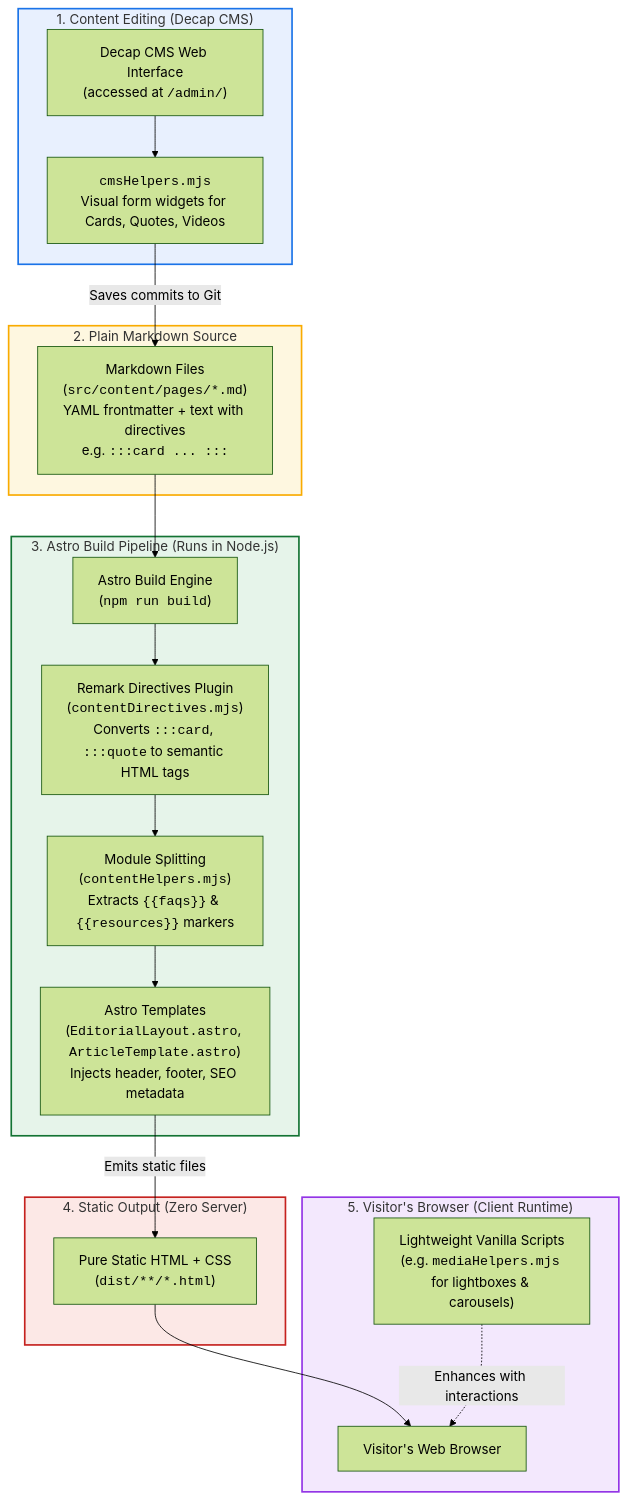
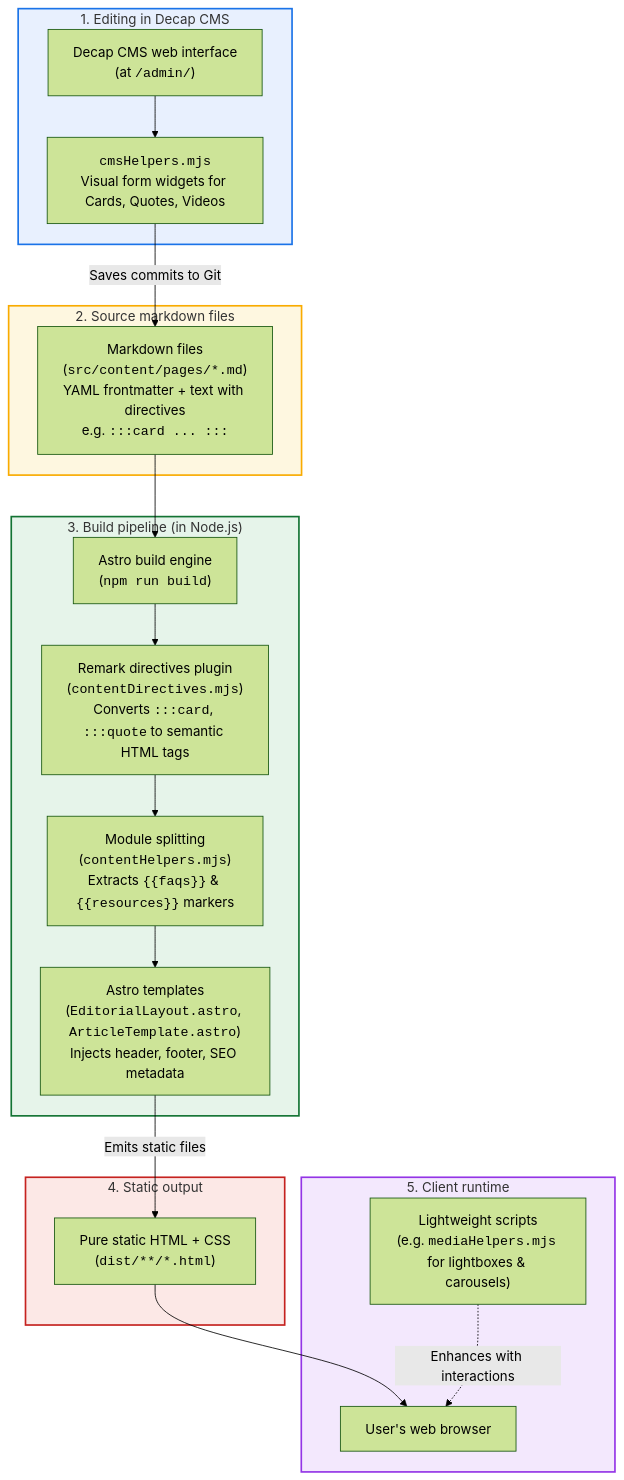
One commit to LibrariesHacked/libraryon-commons changed the first of 2 diagrams in docs/content-pipeline.md. Above: the diagram before and after it, drawn with Mermaid (forest theme). The commit also changed other lines of this file and 14 other files, not shown here.

Commit message:
Markdown changes to both docs and site content pages

````diff
--- a/docs/content-pipeline.md
+++ b/docs/content-pipeline.md
@@ -23,43 +20,43 @@
 ```mermaid
 flowchart TD
-    subgraph 1_EDIT ["1. Content Editing (Decap CMS)"]
-        CMS["Decap CMS Web Interface<br/>(accessed at <code>/admin/</code>)"]
+    subgraph 1_EDIT ["1. Editing in Decap CMS"]
+        CMS["Decap CMS web interface<br/>(at <code>/admin/</code>)"]
         CMS_HELPERS["<code>cmsHelpers.mjs</code><br/>Visual form widgets for Cards, Quotes, Videos"]
         CMS --> CMS_HELPERS
     end
 
-    subgraph 2_SOURCE ["2. Plain Markdown Source"]
-        MD_FILES["Markdown Files<br/>(<code>src/content/pages/*.md</code>)<br/>YAML frontmatter + text with directives<br/>e.g. <code>:::card ... :::</code>"]
+    subgraph 2_SOURCE ["2. Source markdown files"]
+        MD_FILES["Markdown files<br/>(<code>src/content/pages/*.md</code>)<br/>YAML frontmatter + text with directives<br/>e.g. <code>:::card ... :::</code>"]
         CMS_HELPERS -->|Saves commits to Git| MD_FILES
     end
 
-    subgraph 3_BUILD ["3. Astro Build Pipeline (Runs in Node.js)"]
-        ASTRO["Astro Build Engine<br/>(<code>npm run build</code>)"]
-        REMARK["Remark Directives Plugin<br/>(<code>contentDirectives.mjs</code>)<br/>Converts <code>:::card</code>, <code>:::quote</code> to semantic HTML tags"]
-        CHEERIO["Module Splitting<br/>(<code>contentHelpers.mjs</code>)<br/>Extracts <code>{{faqs}}</code> & <code>{{resources}}</code> markers"]
-        TEMPLATES["Astro Templates<br/>(<code>EditorialLayout.astro</code>, <code>ArticleTemplate.astro</code>)<br/>Injects header, footer, SEO metadata"]
+    subgraph 3_BUILD ["3. Build pipeline (in Node.js)"]
+        ASTRO["Astro build engine<br/>(<code>npm run build</code>)"]
+        REMARK["Remark directives plugin<br/>(<code>contentDirectives.mjs</code>)<br/>Converts <code>:::card</code>, <code>:::quote</code> to semantic HTML tags"]
+        CHEERIO["Module splitting<br/>(<code>contentHelpers.mjs</code>)<br/>Extracts <code>{{faqs}}</code> & <code>{{resources}}</code> markers"]
+        TEMPLATES["Astro templates<br/>(<code>EditorialLayout.astro</code>, <code>ArticleTemplate.astro</code>)<br/>Injects header, footer, SEO metadata"]
 
         MD_FILES --> ASTRO
         ASTRO --> REMARK
         REMARK --> CHEERIO
         CHEERIO --> TEMPLATES
     end
 
-    subgraph 4_DIST ["4. Static Output (Zero Server)"]
-        HTML["Pure Static HTML + CSS<br/>(<code>dist/**/*.html</code>)"]
+    subgraph 4_DIST ["4. Static output"]
+        HTML["Pure static HTML + CSS<br/>(<code>dist/**/*.html</code>)"]
         TEMPLATES -->|Emits static files| HTML
     end
 
-    subgraph 5_CLIENT ["5. Visitor's Browser (Client Runtime)"]
-        BROWSER["Visitor's Web Browser"]
-        CLIENT_JS["Lightweight Vanilla Scripts<br/>(e.g. <code>mediaHelpers.mjs</code> for lightboxes & carousels)"]
+    subgraph 5_CLIENT ["5. Client runtime"]
+        BROWSER["User's web browser"]
+        CLIENT_JS["Lightweight scripts<br/>(e.g. <code>mediaHelpers.mjs</code> for lightboxes & carousels)"]
         HTML --> BROWSER
         CLIENT_JS -.->|Enhances with interactions| BROWSER
     end
 
     style 1_EDIT fill:#e8f0fe,stroke:#1a73e8,stroke-width:2px
     style 2_SOURCE fill:#fef7e0,stroke:#f9ab00,stroke-width:2px
     style 3_BUILD fill:#e6f4ea,stroke:#137333,stroke-width:2px
     style 4_DIST fill:#fce8e6,stroke:#c5221f,stroke-width:2px
     style 5_CLIENT fill:#f3e8fd,stroke:#9334e6,stroke-width:2px
 ```
````
